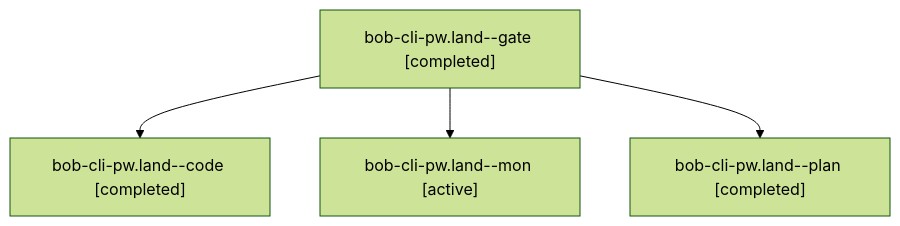
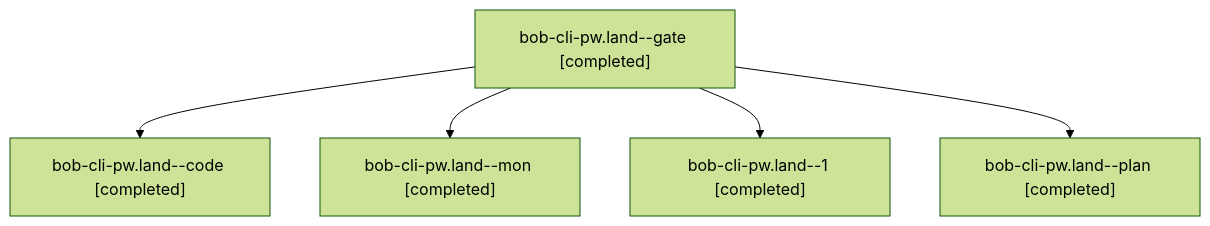
The diagram in sessions/bbugyi200.apollo.bob-cli-pw.land.md (bobs-org/bob-cli--agents), drawn with Mermaid (forest theme) before and after one commit. The commit also changed other lines of this file and 91 other files, not shown here.

````diff
--- a/sessions/bbugyi200.apollo.bob-cli-pw.land.md
+++ b/sessions/bbugyi200.apollo.bob-cli-pw.land.md
@@ -9,10 +9,12 @@
 ```mermaid
 flowchart TD
   n0["bob-cli-pw.land--gate [completed]"]
   n1["bob-cli-pw.land--code [completed]"]
   n0 --> n1
-  n2["bob-cli-pw.land--mon [active]"]
+  n2["bob-cli-pw.land--mon [completed]"]
   n0 --> n2
-  n3["bob-cli-pw.land--plan [completed]"]
+  n3["bob-cli-pw.land--1 [completed]"]
   n0 --> n3
+  n4["bob-cli-pw.land--plan [completed]"]
+  n0 --> n4
 ```
````
